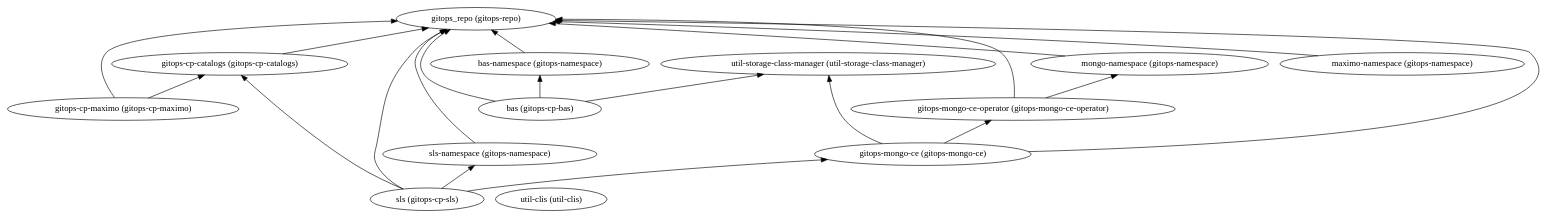
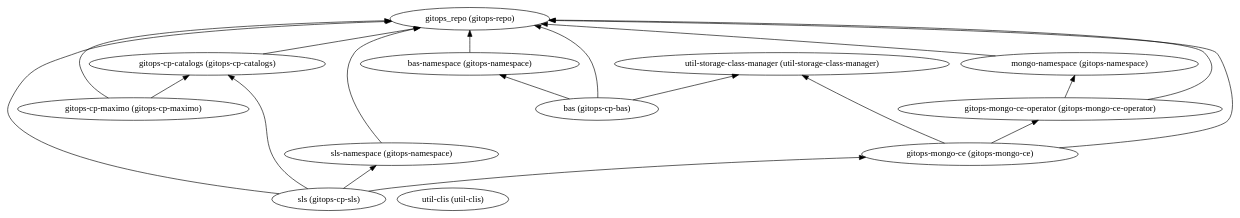
One commit to IBM/automation-maximo-app-suite changed the diagram in 400-mas-core-multicloud/dependencies.dot. Above: the diagram before and after it, drawn with Graphviz. The commit also changed 4 other files, not shown here.

```diff
--- a/400-mas-core-multicloud/dependencies.dot
+++ b/400-mas-core-multicloud/dependencies.dot
@@ -1,35 +1,33 @@
 digraph {
     rankdir="BT"
     "bas (gitops-cp-bas)" -> "gitops_repo (gitops-repo)"
 "bas (gitops-cp-bas)" -> "bas-namespace (gitops-namespace)"
 "bas (gitops-cp-bas)" -> "util-storage-class-manager (util-storage-class-manager)"
 "bas (gitops-cp-bas)"
 "gitops_repo (gitops-repo)"
 "bas-namespace (gitops-namespace)" -> "gitops_repo (gitops-repo)"
 "bas-namespace (gitops-namespace)"
 "util-storage-class-manager (util-storage-class-manager)"
 "gitops-cp-catalogs (gitops-cp-catalogs)" -> "gitops_repo (gitops-repo)"
 "gitops-cp-catalogs (gitops-cp-catalogs)"
 "gitops-cp-maximo (gitops-cp-maximo)" -> "gitops_repo (gitops-repo)"
 "gitops-cp-maximo (gitops-cp-maximo)" -> "gitops-cp-catalogs (gitops-cp-catalogs)"
 "gitops-cp-maximo (gitops-cp-maximo)"
 "sls (gitops-cp-sls)" -> "gitops_repo (gitops-repo)"
 "sls (gitops-cp-sls)" -> "gitops-cp-catalogs (gitops-cp-catalogs)"
 "sls (gitops-cp-sls)" -> "sls-namespace (gitops-namespace)"
 "sls (gitops-cp-sls)" -> "gitops-mongo-ce (gitops-mongo-ce)"
 "sls (gitops-cp-sls)"
 "sls-namespace (gitops-namespace)" -> "gitops_repo (gitops-repo)"
 "sls-namespace (gitops-namespace)"
 "gitops-mongo-ce (gitops-mongo-ce)" -> "gitops_repo (gitops-repo)"
 "gitops-mongo-ce (gitops-mongo-ce)" -> "gitops-mongo-ce-operator (gitops-mongo-ce-operator)"
 "gitops-mongo-ce (gitops-mongo-ce)" -> "util-storage-class-manager (util-storage-class-manager)"
 "gitops-mongo-ce (gitops-mongo-ce)"
 "gitops-mongo-ce-operator (gitops-mongo-ce-operator)" -> "gitops_repo (gitops-repo)"
 "gitops-mongo-ce-operator (gitops-mongo-ce-operator)" -> "mongo-namespace (gitops-namespace)"
 "gitops-mongo-ce-operator (gitops-mongo-ce-operator)"
 "mongo-namespace (gitops-namespace)" -> "gitops_repo (gitops-repo)"
 "mongo-namespace (gitops-namespace)"
-"maximo-namespace (gitops-namespace)" -> "gitops_repo (gitops-repo)"
-"maximo-namespace (gitops-namespace)"
 "util-clis (util-clis)"
   }
```
